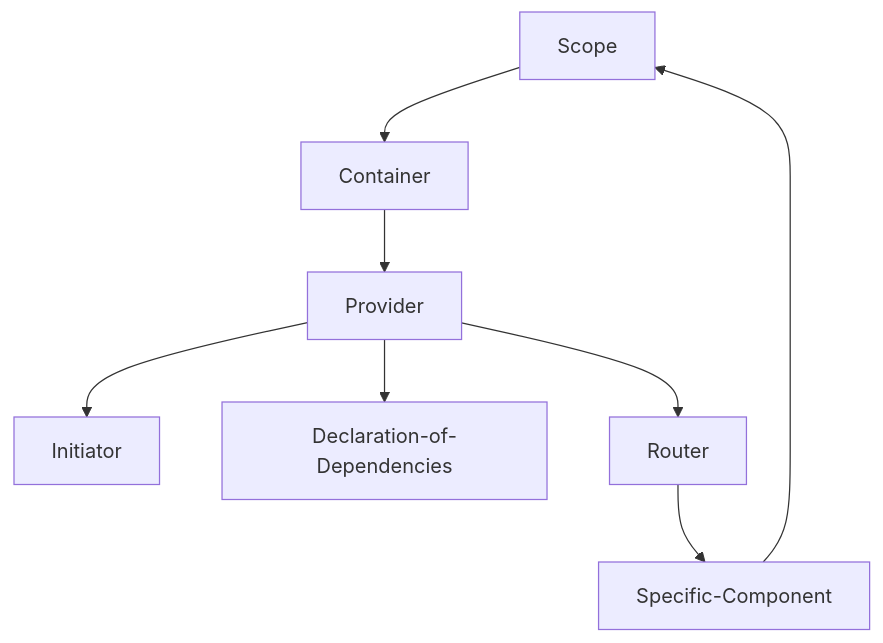
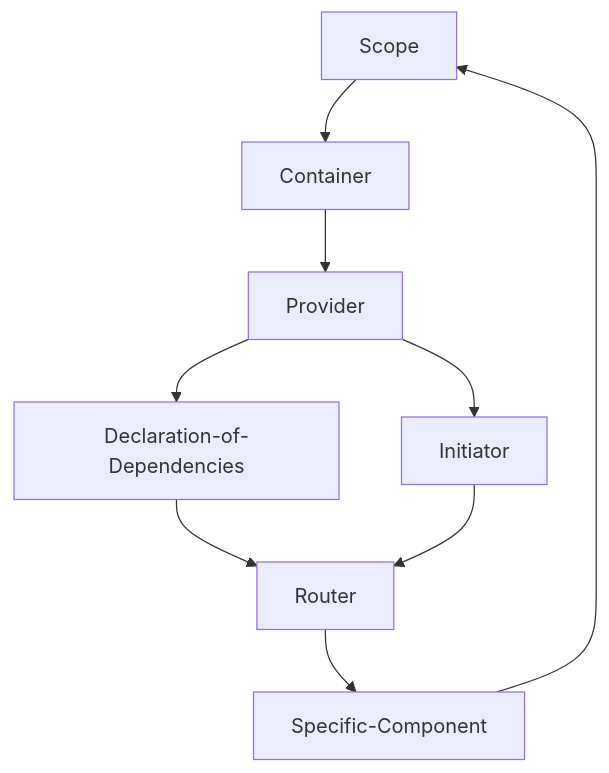
One commit to Frontend-Stars/react-guideline changed the diagram in README.md. Above: the diagram before and after it, drawn with Mermaid. The commit also changed other lines of this file, not shown here.

Commit message:
update diagram

````diff
--- a/README.md
+++ b/README.md
@@ -22,10 +22,11 @@
 ```mermaid
 graph TD;
     Scope-->Container;
     Container-->Provider;
     Provider-->Initiator;
     Provider-->Declaration-of-Dependencies;
-    Provider-->Router;
+    Declaration-of-Dependencies-->Router;
+    Initiator-->Router;
     Router-->Specific-Component;
     Specific-Component-->Scope;
 ```
````
